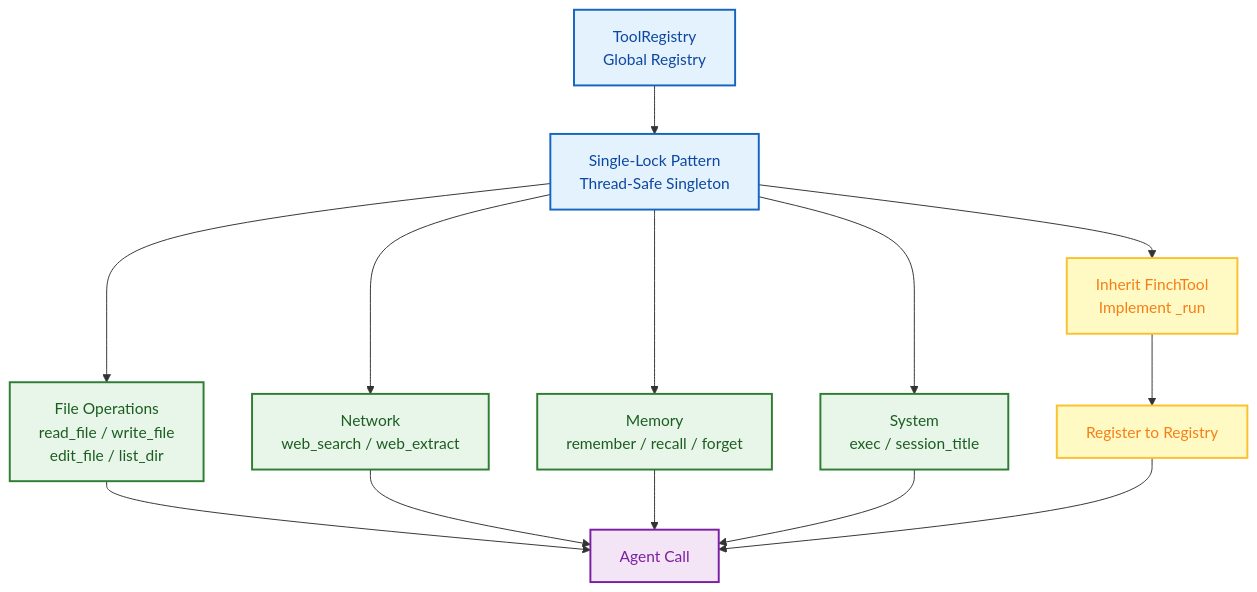
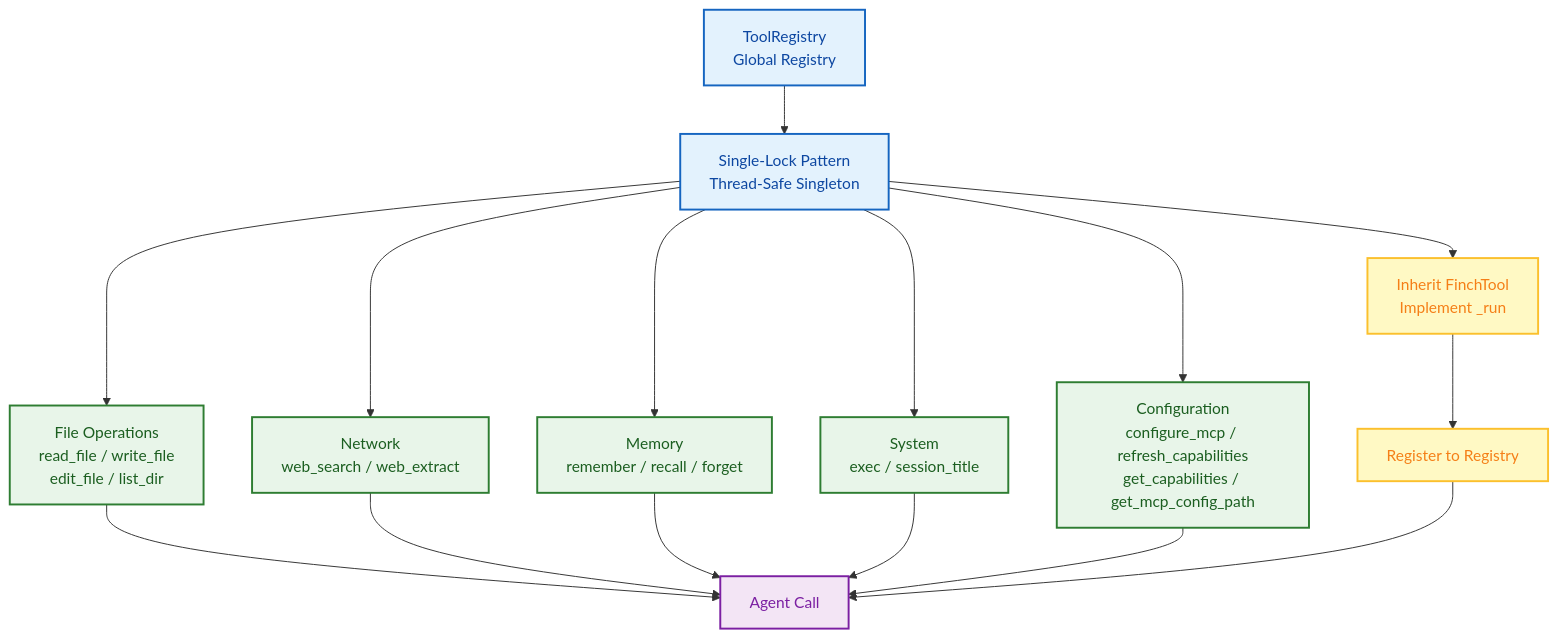
The sixth of 8 diagrams in README.md (xt765/FinchBot), drawn with Mermaid before and after one commit. The commit also changed other lines of this file and 1 other file, not shown here.

````diff
--- a/README.md
+++ b/README.md
@@ -397,30 +410,32 @@
 ```mermaid
 flowchart TB
     classDef registry fill:#e3f2fd,stroke:#1565c0,stroke-width:2px,color:#0d47a1;
     classDef builtin fill:#e8f5e9,stroke:#2e7d32,stroke-width:2px,color:#1b5e20;
     classDef custom fill:#fff9c4,stroke:#fbc02d,stroke-width:2px,color:#f57f17;
     classDef agent fill:#f3e5f5,stroke:#7b1fa2,stroke-width:2px,color:#7b1fa2;
 
     TR[ToolRegistry<br/>Global Registry]:::registry
     Lock[Single-Lock Pattern<br/>Thread-Safe Singleton]:::registry
 
     File[File Operations<br/>read_file / write_file<br/>edit_file / list_dir]:::builtin
     Web[Network<br/>web_search / web_extract]:::builtin
     Memory[Memory<br/>remember / recall / forget]:::builtin
     System[System<br/>exec / session_title]:::builtin
+    Config[Configuration<br/>configure_mcp / refresh_capabilities<br/>get_capabilities / get_mcp_config_path]:::builtin
 
     Inherit[Inherit FinchTool<br/>Implement _run]:::custom
     Register[Register to Registry]:::custom
 
     Agent[Agent Call]:::agent
 
     TR --> Lock
-    Lock --> File & Web & Memory & System
+    Lock --> File & Web & Memory & System & Config
     Lock --> Inherit --> Register
 
     File --> Agent
     Web --> Agent
     Memory --> Agent
     System --> Agent
+    Config --> Agent
     Register --> Agent
 ```
````
